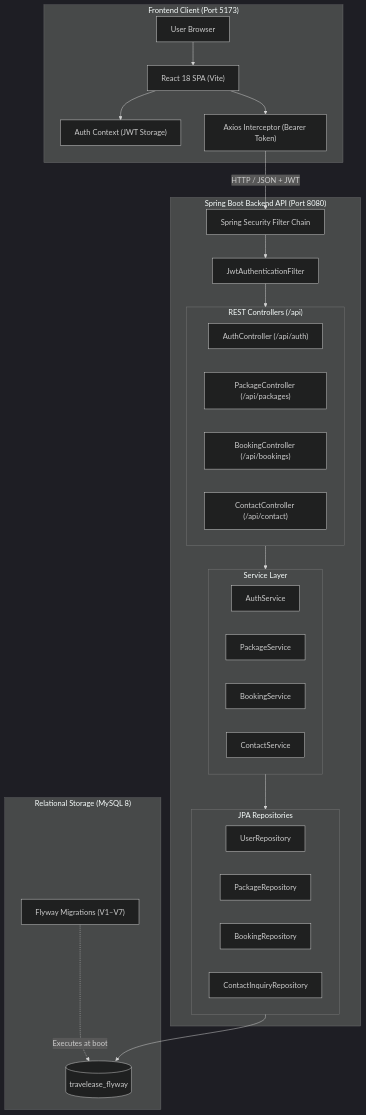
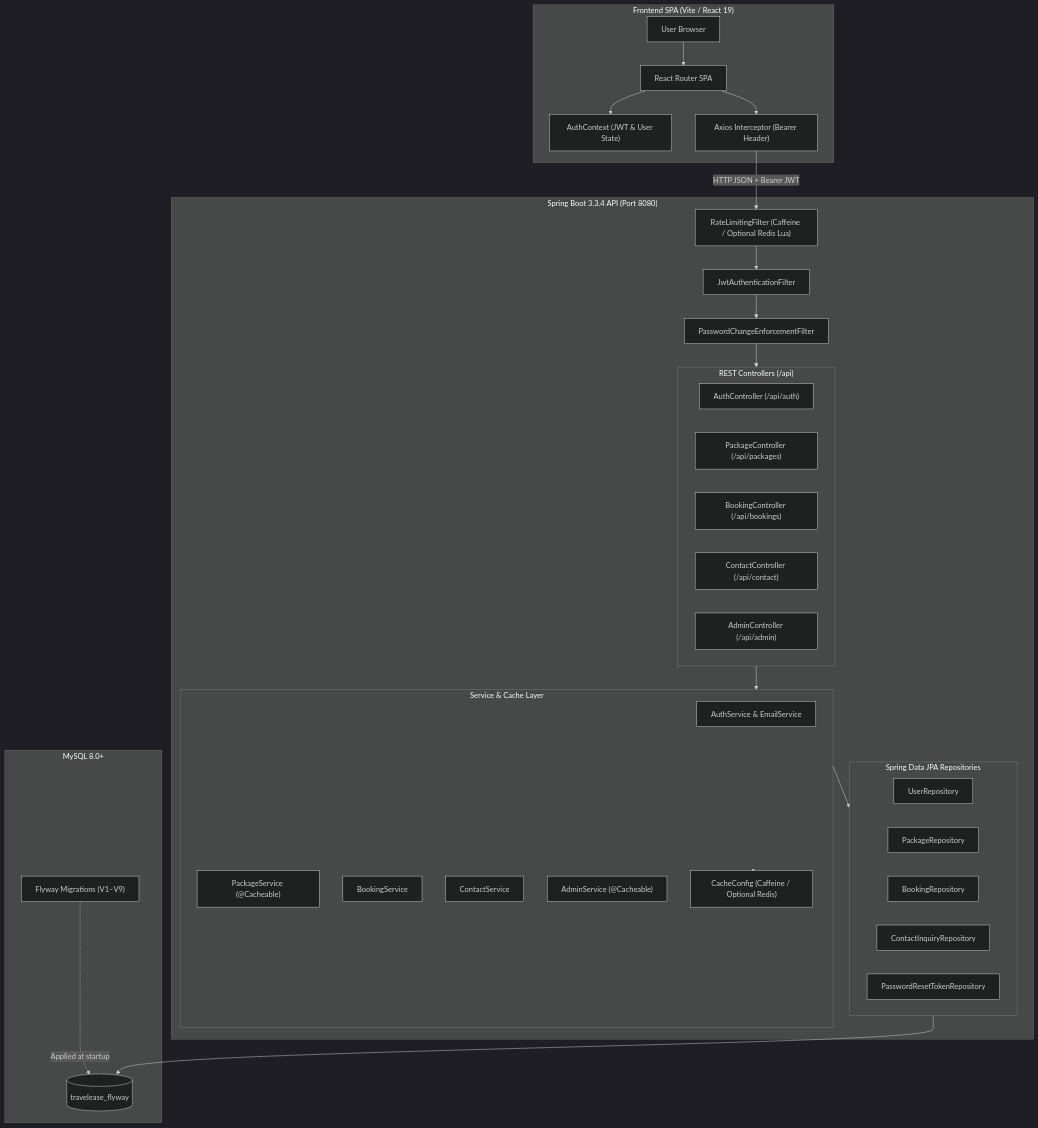
The diagram in README.md (Anil-42/TravelEase), drawn with Mermaid (dark theme) before and after one commit. The commit also changed other lines of this file and 93 other files, not shown here.

````diff
--- a/README.md
+++ b/README.md
@@ -83,51 +100,58 @@
 ```mermaid
 flowchart TD
-    subgraph Client["Frontend Client (Port 5173)"]
+    subgraph Client["Frontend SPA (Vite / React 19)"]
         Browser["User Browser"]
-        ReactApp["React 18 SPA (Vite)"]
-        AuthContext["Auth Context (JWT Storage)"]
-        AxiosClient["Axios Interceptor (Bearer Token)"]
+        ReactApp["React Router SPA"]
+        AuthContext["AuthContext (JWT & User State)"]
+        AxiosClient["Axios Interceptor (Bearer Header)"]
         Browser --> ReactApp
         ReactApp --> AuthContext
         ReactApp --> AxiosClient
     end
 
-    subgraph Backend["Spring Boot Backend API (Port 8080)"]
-        SecurityFilter["Spring Security Filter Chain"]
+    subgraph Backend["Spring Boot 3.3.4 API (Port 8080)"]
+        RateLimit["RateLimitingFilter (Caffeine / Optional Redis Lua)"]
         JwtFilter["JwtAuthenticationFilter"]
-        
+        PwForceFilter["PasswordChangeEnforcementFilter"]
+
         subgraph Controllers["REST Controllers (/api)"]
-            AuthController["AuthController (/api/auth)"]
-            PackageController["PackageController (/api/packages)"]
-            BookingController["BookingController (/api/bookings)"]
-            ContactController["ContactController (/api/contact)"]
+            AuthCtrl["AuthController (/api/auth)"]
+            PkgCtrl["PackageController (/api/packages)"]
+            BookCtrl["BookingController (/api/bookings)"]
+            ContactCtrl["ContactController (/api/contact)"]
+            AdminCtrl["AdminController (/api/admin)"]
         end
 
-        subgraph Services["Service Layer"]
-            AuthService["AuthService"]
-            PackageService["PackageService"]
-            BookingService["BookingService"]
-            ContactService["ContactService"]
+        subgraph Services["Service & Cache Layer"]
+            AuthSvc["AuthService & EmailService"]
+            PkgSvc["PackageService (@Cacheable)"]
+            BookSvc["BookingService"]
+            ContactSvc["ContactService"]
+            AdminSvc["AdminService (@Cacheable)"]
+            CacheMgr["CacheConfig (Caffeine / Optional Redis)"]
         end
 
-        subgraph DataAccess["JPA Repositories"]
+        subgraph Repos["Spring Data JPA Repositories"]
             UserRepo["UserRepository"]
-            PackageRepo["PackageRepository"]
-            BookingRepo["BookingRepository"]
+            PkgRepo["PackageRepository"]
+            BookRepo["BookingRepository"]
             ContactRepo["ContactInquiryRepository"]
+            ResetRepo["PasswordResetTokenRepository"]
         end
 
-        AxiosClient -- "HTTP / JSON + JWT" --> SecurityFilter
-        SecurityFilter --> JwtFilter
-        JwtFilter --> Controllers
+        AxiosClient -- "HTTP JSON + Bearer JWT" --> RateLimit
+        RateLimit --> JwtFilter
+        JwtFilter --> PwForceFilter
+        PwForceFilter --> Controllers
         Controllers --> Services
-        Services --> DataAccess
+        Services --> CacheMgr
+        Services --> Repos
     end
 
-    subgraph Database["Relational Storage (MySQL 8)"]
+    subgraph Database["MySQL 8.0+"]
         MySQL[("travelease_flyway")]
-        FlywayEngine["Flyway Migrations (V1–V7)"]
-        DataAccess --> MySQL
-        FlywayEngine -. "Executes at boot" .-> MySQL
+        Flyway["Flyway Migrations (V1–V9)"]
+        Repos --> MySQL
+        Flyway -. "Applied at startup" .-> MySQL
     end
 ```
````
